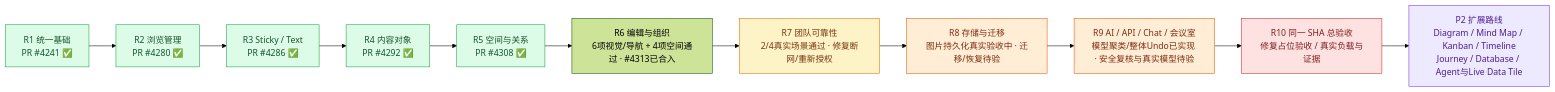
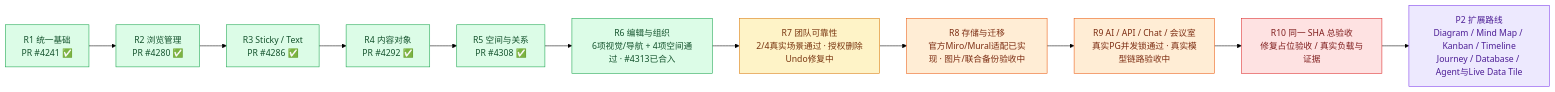
The first of 3 diagrams in phases/phase-19-board-visual-workspace/design-deltas/2026-09-26-unified-board-plan.md (boardx/workspacex), drawn with Mermaid (forest theme) before and after one commit. The commit also changed other lines of this file, not shown here.

````diff
--- a/phases/phase-19-board-visual-workspace/design-deltas/2026-09-26-unified-board-plan.md
+++ b/phases/phase-19-board-visual-workspace/design-deltas/2026-09-26-unified-board-plan.md
@@ -23,20 +23,20 @@
 ```mermaid
 flowchart LR
   R1["R1 统一基础<br/>PR #4241 ✅"]:::merged --> R2["R2 浏览管理<br/>PR #4280 ✅"]:::merged
   R2 --> R3["R3 Sticky / Text<br/>PR #4286 ✅"]:::merged
   R3 --> R4["R4 内容对象<br/>PR #4292 ✅"]:::merged
   R4 --> R5["R5 空间与关系<br/>PR #4308 ✅"]:::merged
-  R5 --> R6["R6 编辑与组织<br/>6项视觉/导航 + 4项空间通过 · #4313已合入"]:::done
-  R6 --> R7["R7 团队可靠性<br/>2/4真实场景通过 · 修复断网/重新授权"]:::accepting
-  R7 --> R8["R8 存储与迁移<br/>图片持久化真实验收中 · 迁移/恢复待验"]:::working
-  R8 --> R9["R9 AI / API / Chat / 会议室<br/>模型聚类/整体Undo已实现 · 安全复核与真实模型待验"]:::working
+  R5 --> R6["R6 编辑与组织<br/>6项视觉/导航 + 4项空间通过 · #4313已合入"]:::merged
+  R6 --> R7["R7 团队可靠性<br/>2/4真实场景通过 · 授权删除Undo修复中"]:::accepting
+  R7 --> R8["R8 存储与迁移<br/>官方Miro/Mural适配已实现 · 图片/联合备份验收中"]:::working
+  R8 --> R9["R9 AI / API / Chat / 会议室<br/>真实PG并发锁通过 · 真实模型链路验收中"]:::working
   R9 --> R10["R10 同一 SHA 总验收<br/>修复占位验收 / 真实负载与证据"]:::blocked
   R10 --> P2["P2 扩展路线<br/>Diagram / Mind Map / Kanban / Timeline<br/>Journey / Database / Agent与Live Data Tile"]:::future
   classDef merged fill:#dcfce7,stroke:#16a34a,color:#14532d
   classDef accepting fill:#fef3c7,stroke:#d97706,color:#78350f
   classDef ready fill:#dbeafe,stroke:#2563eb,color:#1e3a8a
   classDef working fill:#ffedd5,stroke:#ea580c,color:#7c2d12
   classDef blocked fill:#fee2e2,stroke:#dc2626,color:#7f1d1d
   classDef todo fill:#f1f5f9,stroke:#64748b,color:#334155
   classDef future fill:#ede9fe,stroke:#7c3aed,color:#4c1d95
 ```
````
